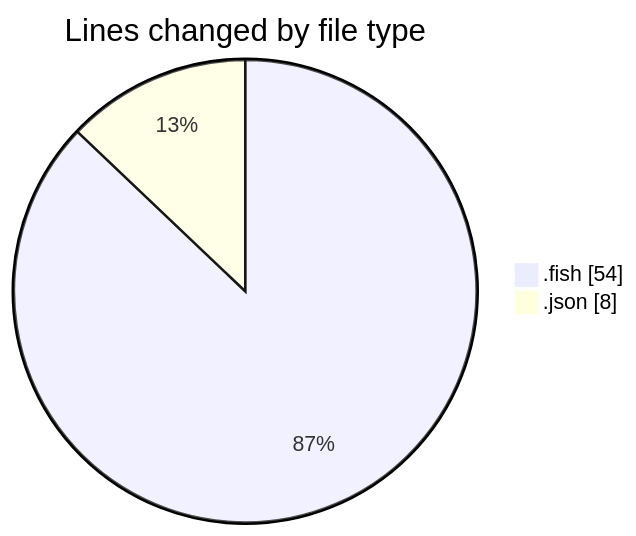
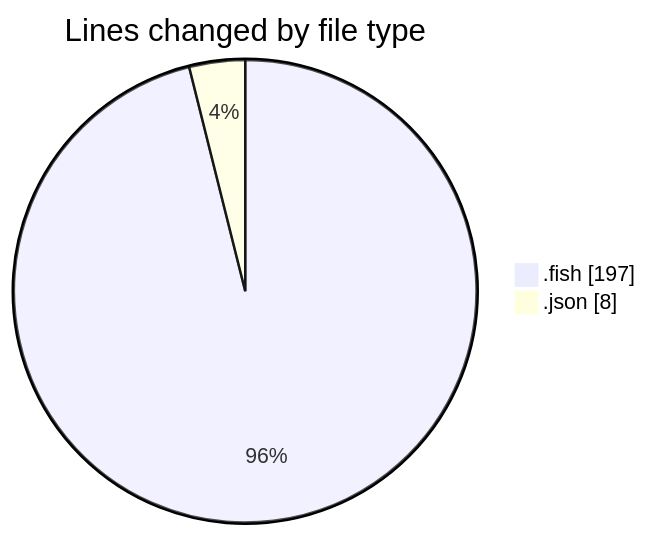
One commit to EIIisD/code-tracking changed the first of 2 diagrams in 2025-07-11/fish/README.md. Above: the diagram before and after it, drawn with Mermaid. The commit also changed other lines of this file and 1 other file, not shown here.

````diff
--- a/2025-07-11/fish/README.md
+++ b/2025-07-11/fish/README.md
@@ -22,6 +23,6 @@
 ```mermaid
 pie showData
 title Lines changed by file type
-".fish" : 54
+".fish" : 197
 ".json" : 8
 ```
````
